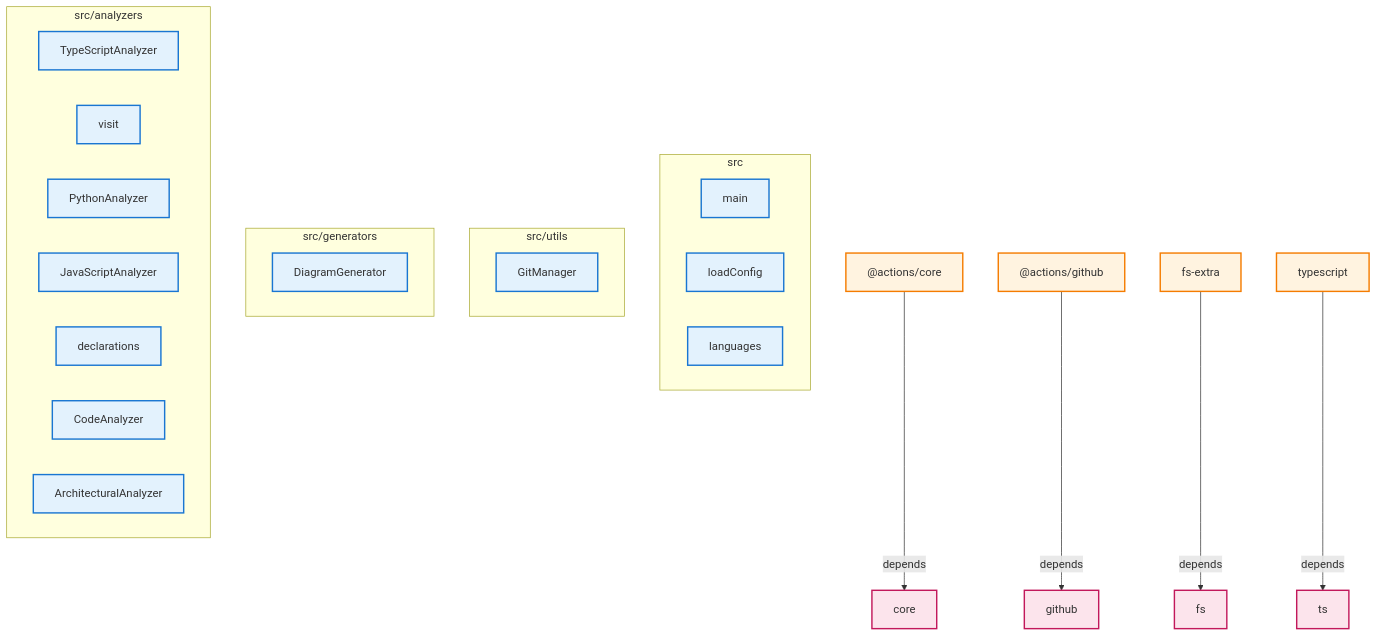
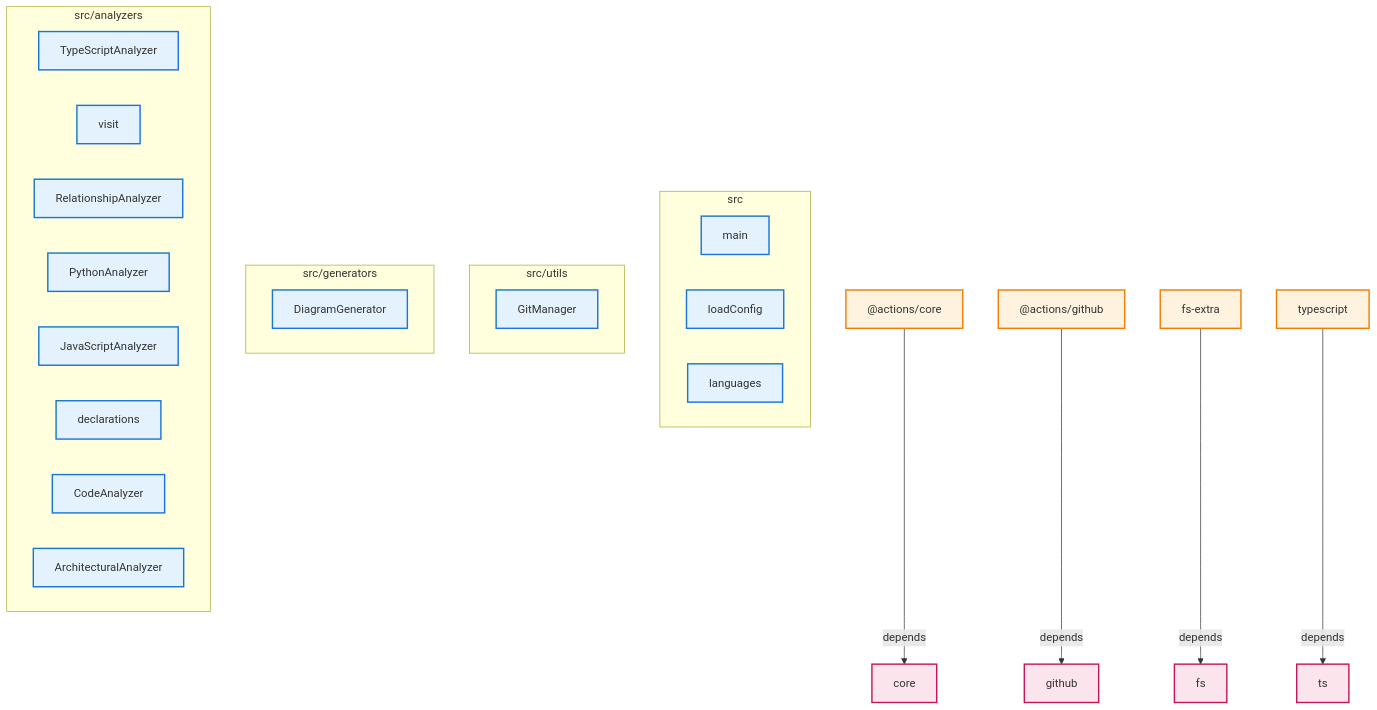
Before and after one commit to samjhill/diagrammer: the diagram in docs/architecture/architecture.md, drawn with Mermaid.

Commit message:
docs(architecture): update generated diagrams [skip ci]

````diff
--- a/docs/architecture/architecture.md
+++ b/docs/architecture/architecture.md
@@ -5,66 +5,68 @@
 ```mermaid
 graph TD
   classDef component fill:#e3f2fd,stroke:#1976d2,stroke-width:2px
   classDef external fill:#fff3e0,stroke:#f57c00,stroke-width:2px
   classDef internal fill:#e8f5e8,stroke:#388e3c,stroke-width:2px
   classDef dependency fill:#fce4ec,stroke:#c2185b,stroke-width:2px
   classDef group fill:#f3e5f5,stroke:#7b1fa2,stroke-width:3px
 
   subgraph src["src"]
     main["main"]
     loadConfig["loadConfig"]
     languages["languages"]
   end
 
   subgraph src_utils["src/utils"]
     GitManager["GitManager"]
   end
 
   subgraph src_generators["src/generators"]
     DiagramGenerator["DiagramGenerator"]
   end
 
   subgraph src_analyzers["src/analyzers"]
     TypeScriptAnalyzer["TypeScriptAnalyzer"]
     visit["visit"]
+    RelationshipAnalyzer["RelationshipAnalyzer"]
     PythonAnalyzer["PythonAnalyzer"]
     JavaScriptAnalyzer["JavaScriptAnalyzer"]
     declarations["declarations"]
     CodeAnalyzer["CodeAnalyzer"]
     ArchitecturalAnalyzer["ArchitecturalAnalyzer"]
   end
 
   _actions_core["@actions/core"]
   _actions_core:::external
   core["core"]
   core:::dependency
   _actions_core -->|depends| core
   _actions_github["@actions/github"]
   _actions_github:::external
   github["github"]
   github:::dependency
   _actions_github -->|depends| github
   fs_extra["fs-extra"]
   fs_extra:::external
   fs["fs"]
   fs:::dependency
   fs_extra -->|depends| fs
   typescript["typescript"]
   typescript:::external
   ts["ts"]
   ts:::dependency
   typescript -->|depends| ts
   main:::component
   loadConfig:::component
   languages:::component
   GitManager:::component
   DiagramGenerator:::component
   TypeScriptAnalyzer:::component
   visit:::component
+  RelationshipAnalyzer:::component
   PythonAnalyzer:::component
   JavaScriptAnalyzer:::component
   declarations:::component
   CodeAnalyzer:::component
   ArchitecturalAnalyzer:::component
 
 ```
````
